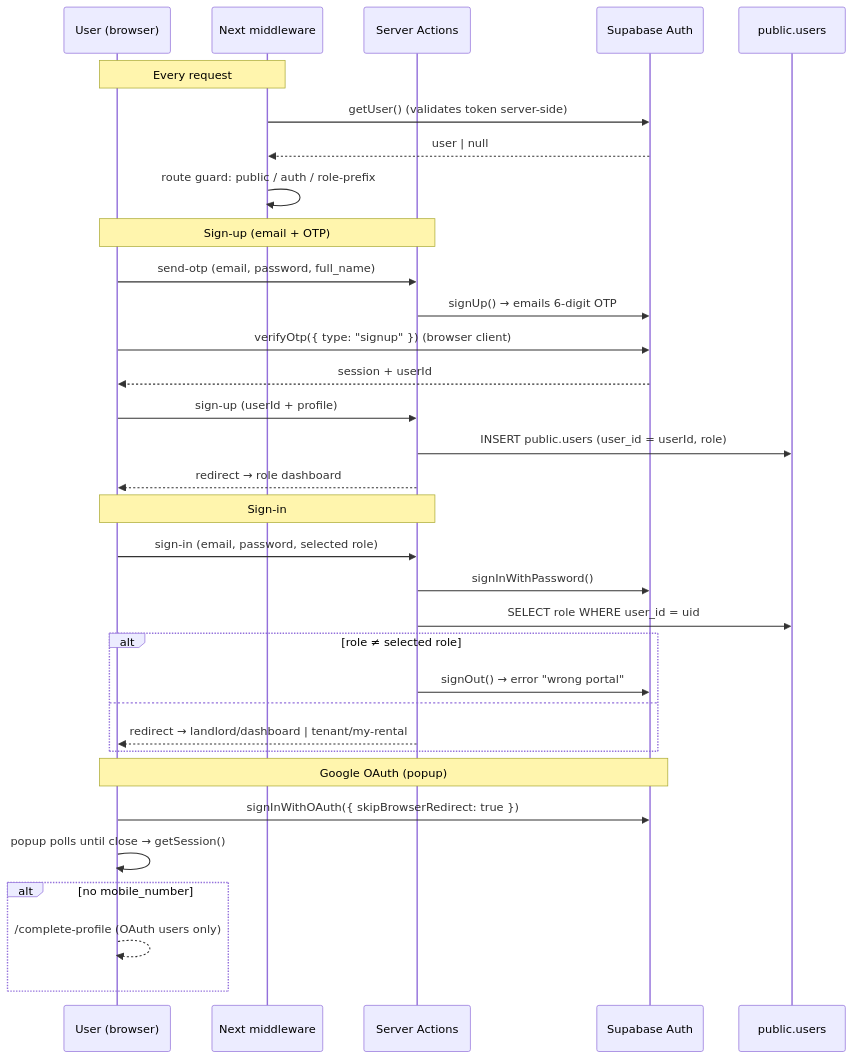
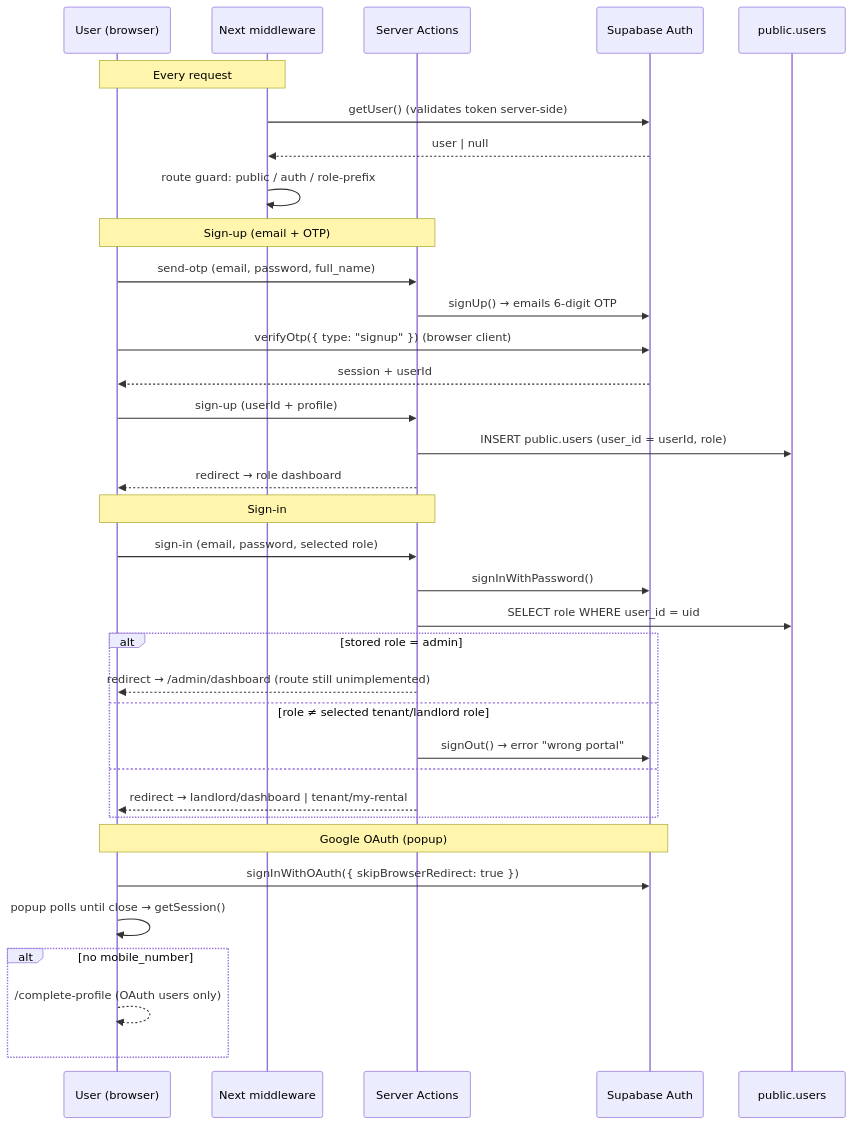
The third of 11 diagrams in ARCHITECTURE.md (aurickwilliam/apt-rental-platform), drawn with Mermaid before and after one commit. The commit also changed other lines of this file and 24 other files, not shown here.

Commit message:
REFACTORED: Phase 1 complete, fix the supabase for admin role

````diff
--- a/ARCHITECTURE.md
+++ b/ARCHITECTURE.md
@@ -176,39 +178,41 @@
 ```mermaid
 sequenceDiagram
     participant U as User (browser)
     participant MW as Next middleware
     participant SA as Server Actions
     participant A as Supabase Auth
     participant DB as public.users
 
     Note over U,MW: Every request
     MW->>A: getUser() (validates token server-side)
     A-->>MW: user | null
     MW->>MW: route guard: public / auth / role-prefix
 
     Note over U,SA: Sign-up (email + OTP)
     U->>SA: send-otp (email, password, full_name)
     SA->>A: signUp() → emails 6-digit OTP
     U->>A: verifyOtp({ type: "signup" }) (browser client)
     A-->>U: session + userId
     U->>SA: sign-up (userId + profile)
     SA->>DB: INSERT public.users (user_id = userId, role)
     SA-->>U: redirect → role dashboard
 
     Note over U,SA: Sign-in
     U->>SA: sign-in (email, password, selected role)
     SA->>A: signInWithPassword()
     SA->>DB: SELECT role WHERE user_id = uid
-    alt role ≠ selected role
+    alt stored role = admin
+        SA-->>U: redirect → /admin/dashboard (route still unimplemented)
+    else role ≠ selected tenant/landlord role
         SA->>A: signOut() → error "wrong portal"
     else
         SA-->>U: redirect → landlord/dashboard | tenant/my-rental
     end
 
     Note over U,A: Google OAuth (popup)
     U->>A: signInWithOAuth({ skipBrowserRedirect: true })
     U->>U: popup polls until close → getSession()
     alt no mobile_number
         U-->>U: /complete-profile (OAuth users only)
     end
 ```
````
